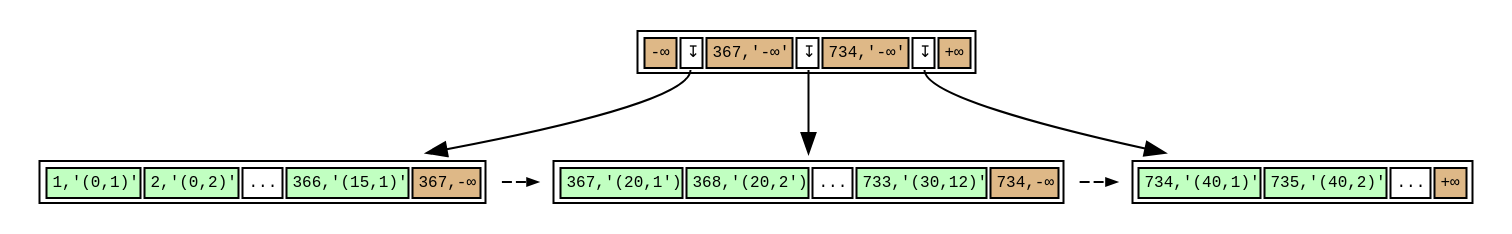
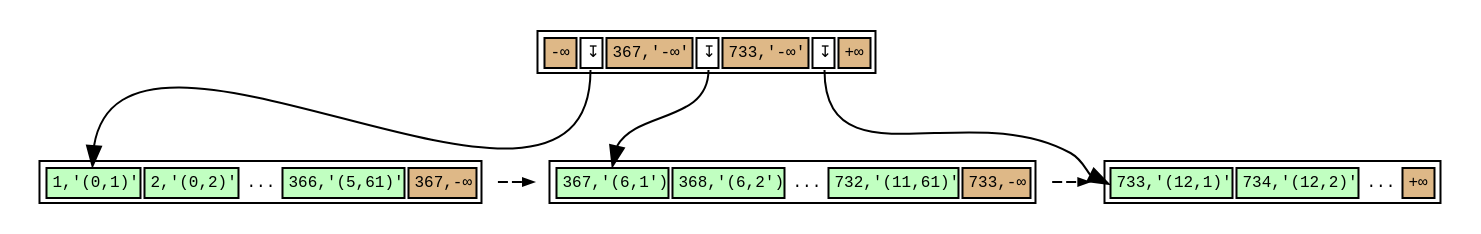
One commit to petergeoghegan/pg_query_internals changed the diagram in postgres-real-btree.dot. Above: the diagram before and after it, drawn with Graphviz.

Commit message:
Add more realistic B-Tree

```diff
--- a/postgres-real-btree.dot
+++ b/postgres-real-btree.dot
@@ -1,79 +1,79 @@
 // Example B-Tree graph
 //
 // Breadth-first order
 //
 // Start from root, go left to right
 //
 // Workflow:
 //
 // $ dot -T svg btree.dot -o btree.svg;
 
 digraph nbtree {
 graph [fontname = "monospace"];
 node [shape = none,height=.1,fontname = "monospace",fontsize=8];
 // Level 1 (root level)
 // Downlinks + highkey:
 rootnode[ label=<<table>
                     <tr>
                         <td bgcolor='burlywood' port="s0">-&infin;</td>
                         <td bgcolor='white' port="d0">&#8615;</td>
                         <td bgcolor='burlywood' port="s1">367,'-&infin;'</td>
                         <td bgcolor='white' port="d1">&#8615;</td>
-                        <td bgcolor='burlywood' port="s2">734,'-&infin;'</td>
+                        <td bgcolor='burlywood' port="s2">733,'-&infin;'</td>
                         <td bgcolor='white' port="d2">&#8615;</td>
                         <td bgcolor='burlywood' port="hk">+&infin;</td>
                     </tr>
                 </table>
                >
         ];
 // Downlink arrows to children:
-"rootnode":d0 -> "leafnode_1"
-"rootnode":d1 -> "leafnode_2"
-"rootnode":d2 -> "leafnode_3"
+"rootnode":d0 -> "leafnode_1":t0
+"rootnode":d1 -> "leafnode_2":t0
+"rootnode":d2 -> "leafnode_3":t0
 
 // sibling pointer:
 // (None)
 
 
 // Level 0 (leaf level)
 leafnode_1[ label=<<table>
                     <tr>
                         <td bgcolor='darkseagreen1' port="t0">1,'(0,1)'</td>
                         <td bgcolor='darkseagreen1' port="t1">2,'(0,2)'</td>
-                        <td bgcolor='white' port="t2">...</td>
-                        <td bgcolor='darkseagreen1' port="t1">366,'(15,1)'</td>
+                        <td border="0" bgcolor='white' port="t2">...</td>
+                        <td bgcolor='darkseagreen1' port="t1">366,'(5,61)'</td>
                         <td bgcolor='burlywood' port="hk">367,-&infin;</td>
                     </tr>
                 </table>
                >
         ];
 // sibling pointer:
 "leafnode_1" -> "leafnode_2"[constraint=false,color=black,style=dashed,arrowsize=0.5]
 leafnode_2[ label=<<table>
                     <tr>
-                        <td bgcolor='darkseagreen1' port="t0">367,'(20,1')</td>
-                        <td bgcolor='darkseagreen1' port="t1">368,'(20,2')</td>
-                        <td bgcolor='white' port="t2">...</td>
-                        <td bgcolor='darkseagreen1' port="t1">733,'(30,12)'</td>
-                        <td bgcolor='burlywood' port="hk">734,-&infin;</td>
+                        <td bgcolor='darkseagreen1' port="t0">367,'(6,1')</td>
+                        <td bgcolor='darkseagreen1' port="t1">368,'(6,2')</td>
+                        <td border="0" bgcolor='white' port="t2">...</td>
+                        <td bgcolor='darkseagreen1' port="t1">732,'(11,61)'</td>
+                        <td bgcolor='burlywood' port="hk">733,-&infin;</td>
                     </tr>
                 </table>
                >
         ];
 // sibling pointer:
 "leafnode_2" -> "leafnode_3"[constraint=false,color=black,style=dashed,arrowsize=0.5]
 leafnode_3[ label=<<table>
                     <tr>
-                        <td bgcolor='darkseagreen1' port="t0">734,'(40,1)'</td>
-                        <td bgcolor='darkseagreen1' port="t1">735,'(40,2)'</td>
-                        <td bgcolor='white' port="t2">...</td>
+                        <td bgcolor='darkseagreen1' port="t0">733,'(12,1)'</td>
+                        <td bgcolor='darkseagreen1' port="t1">734,'(12,2)'</td>
+                        <td border="0" bgcolor='white' port="t2">...</td>
                         <td bgcolor='burlywood' port="hk">+&infin;</td>
                     </tr>
                 </table>
                >
         ];
 
 //Force alignment from root to internal to leaf levels:
-//edge[style=invis];
-//"rootnode":s4 -> "leafnode_3":hk
+edge[style=invis];
+"rootnode":d1 -> "leafnode_2":t2
 }
```
